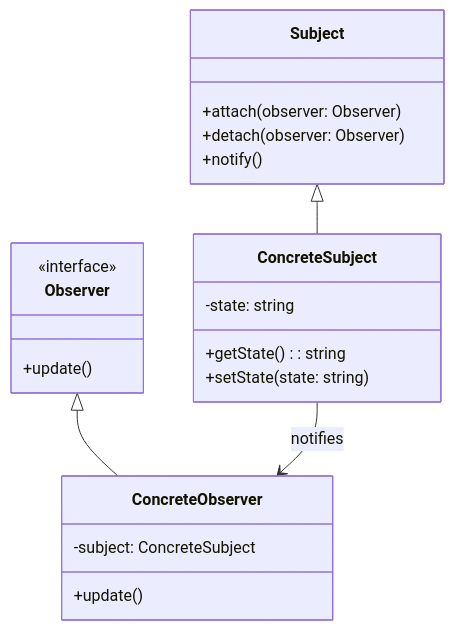
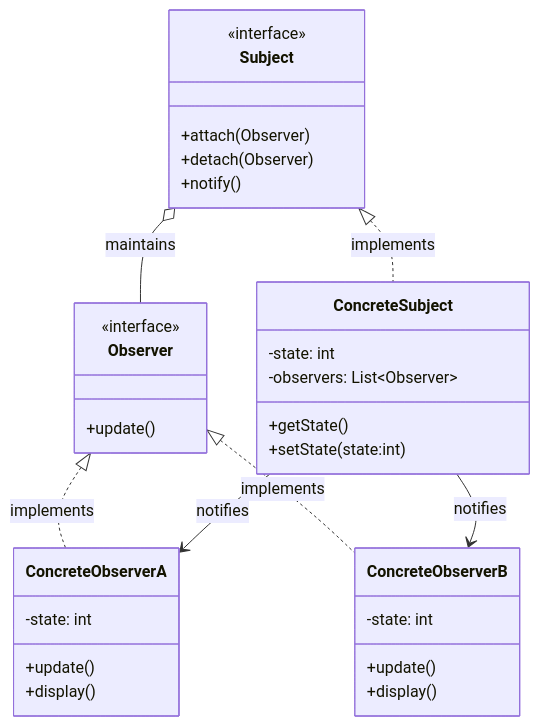
The diagram in README.md (ANZER03/Observer-Design-Pattern), drawn with Mermaid before and after one commit.

````diff
--- a/README.md
+++ b/README.md
@@ -14,29 +14,42 @@
 ```mermaid
 classDiagram
     class Subject {
-        +attach(observer: Observer)
-        +detach(observer: Observer)
+        <<interface>>
+        +attach(Observer)
+        +detach(Observer)
         +notify()
+        
     }
 
     class Observer {
         <<interface>>
         +update()
     }
 
-    Subject <|-- ConcreteSubject
-    Observer <|-- ConcreteObserver
-
     class ConcreteSubject {
-        -state: string
-        +getState(): string
-        +setState(state: string)
+        -state: int
+        +getState()
+        +setState(state:int)
+        -observers: List~Observer~
     }
 
-    class ConcreteObserver {
-        -subject: ConcreteSubject
+    class ConcreteObserverA {
+        -state: int
         +update()
+        +display()
     }
 
-    ConcreteSubject --> ConcreteObserver : notifies
+    class ConcreteObserverB {
+        -state: int
+        +update()
+        +display()
+    }
+
+    Subject o-- Observer : maintains
+    Subject <|.. ConcreteSubject : implements
+
+    Observer <|.. ConcreteObserverA : implements
+    Observer <|.. ConcreteObserverB : implements
+    ConcreteSubject --> ConcreteObserverA : notifies
+    ConcreteSubject --> ConcreteObserverB : notifies
 ```
````
